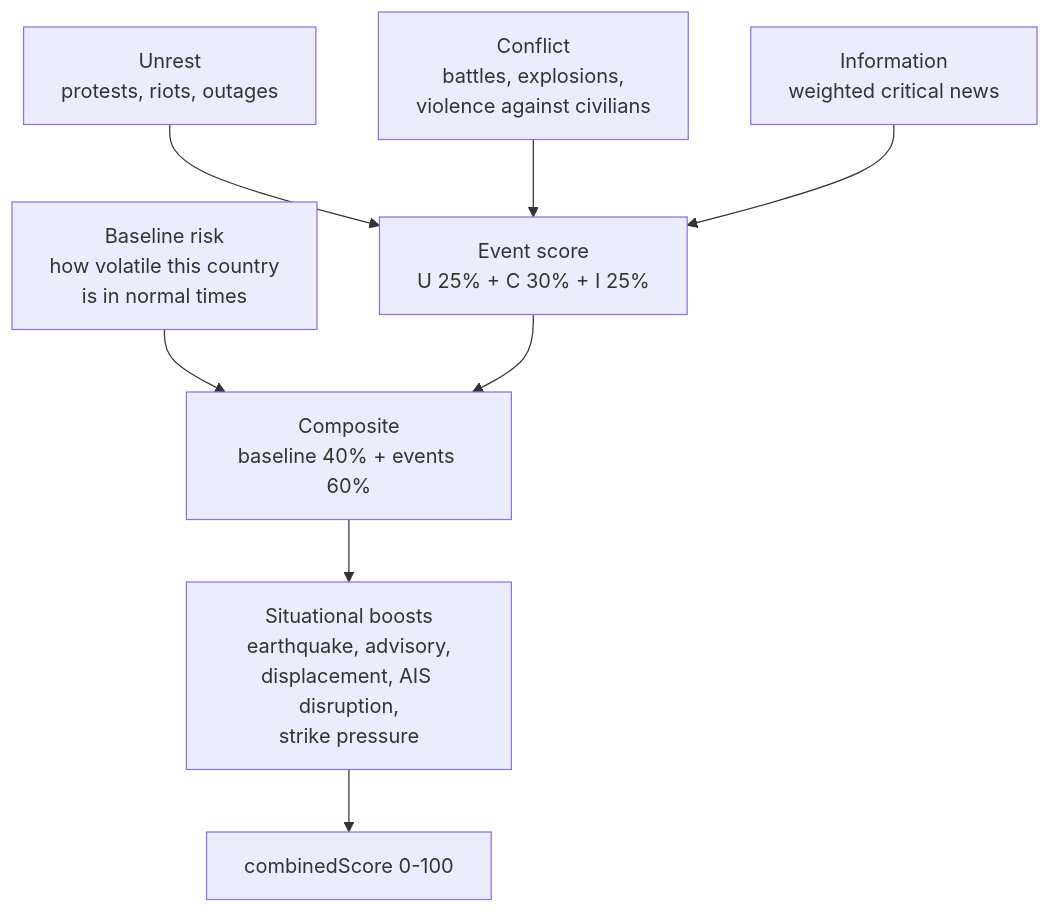
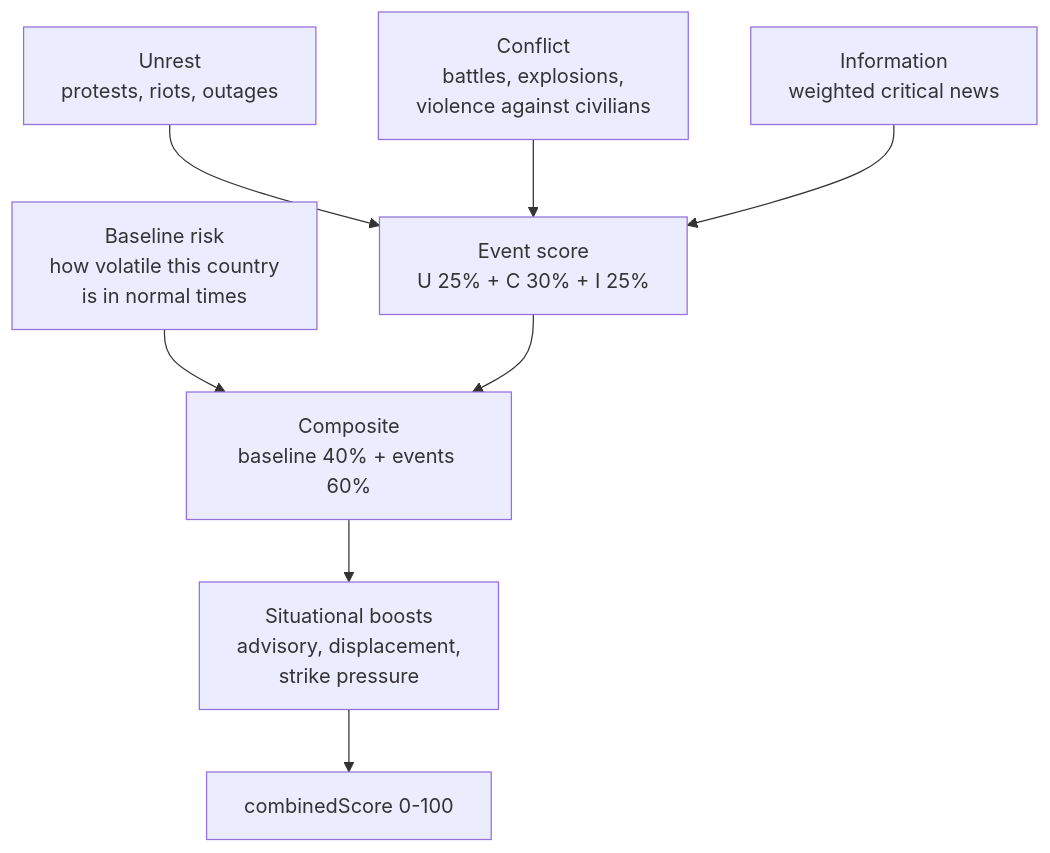
Before and after one commit to khris117/worldmonitor-custom: the diagram in docs/methodology/cii-risk-scores.mdx, drawn with Mermaid. The commit also changed other lines of this file and 27 other files, not shown here.

````diff
--- a/docs/methodology/cii-risk-scores.mdx
+++ b/docs/methodology/cii-risk-scores.mdx
@@ -43,10 +43,10 @@
 ```mermaid
 flowchart TD
   U["Unrest<br/>protests, riots, outages"] --> E["Event score<br/>U 25% + C 30% + I 25%"]
   C["Conflict<br/>battles, explosions,<br/>violence against civilians"] --> E
   I["Information<br/>weighted critical news"] --> E
   B["Baseline risk<br/>how volatile this country<br/>is in normal times"] --> M["Composite<br/>baseline 40% + events 60%"]
   E --> M
-  M --> X["Situational boosts<br/>earthquake, advisory,<br/>displacement, AIS disruption,<br/>strike pressure"]
+  M --> X["Situational boosts<br/>advisory, displacement,<br/>strike pressure"]
   X --> R["combinedScore 0-100"]
 ```
````
